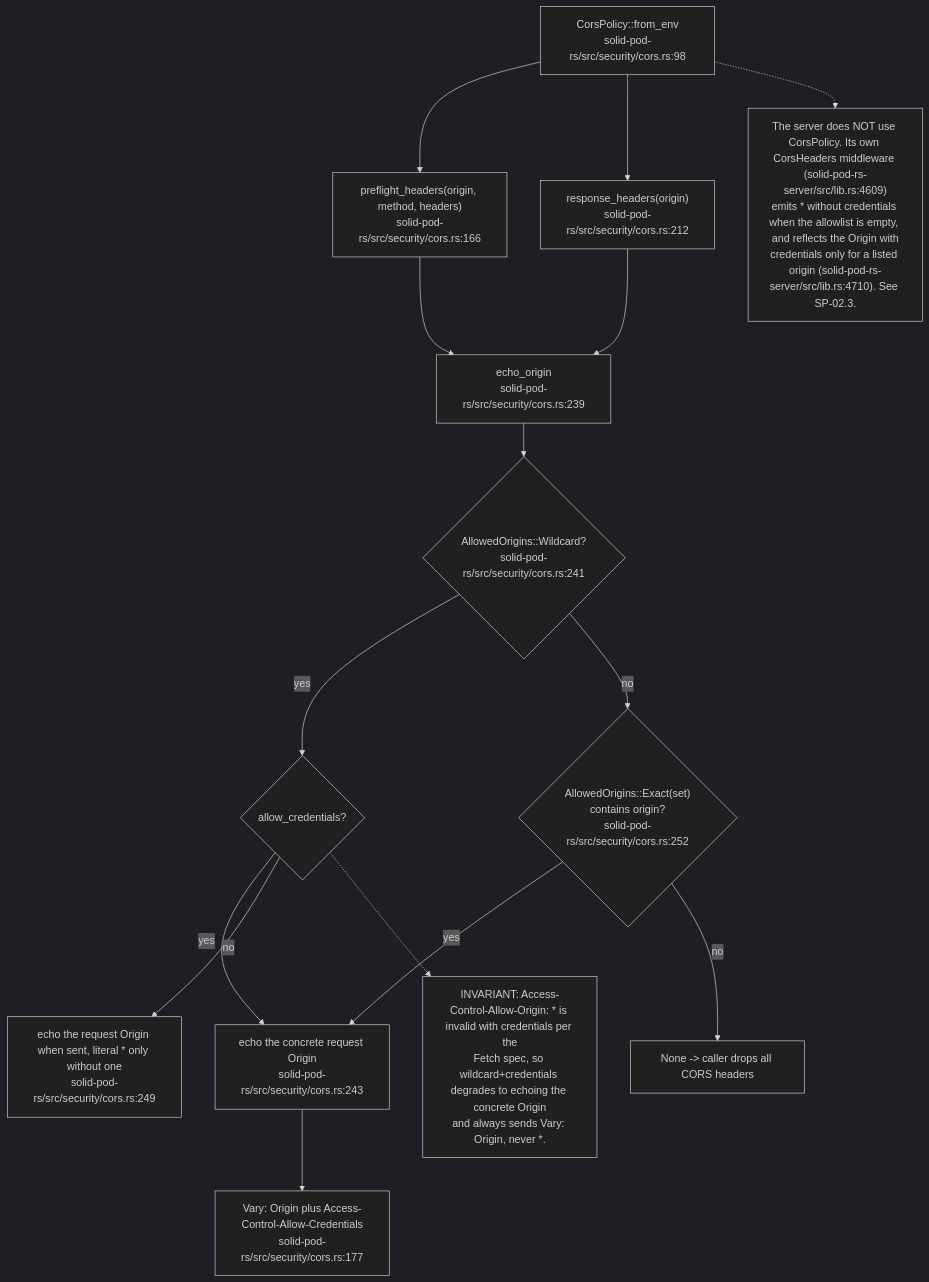
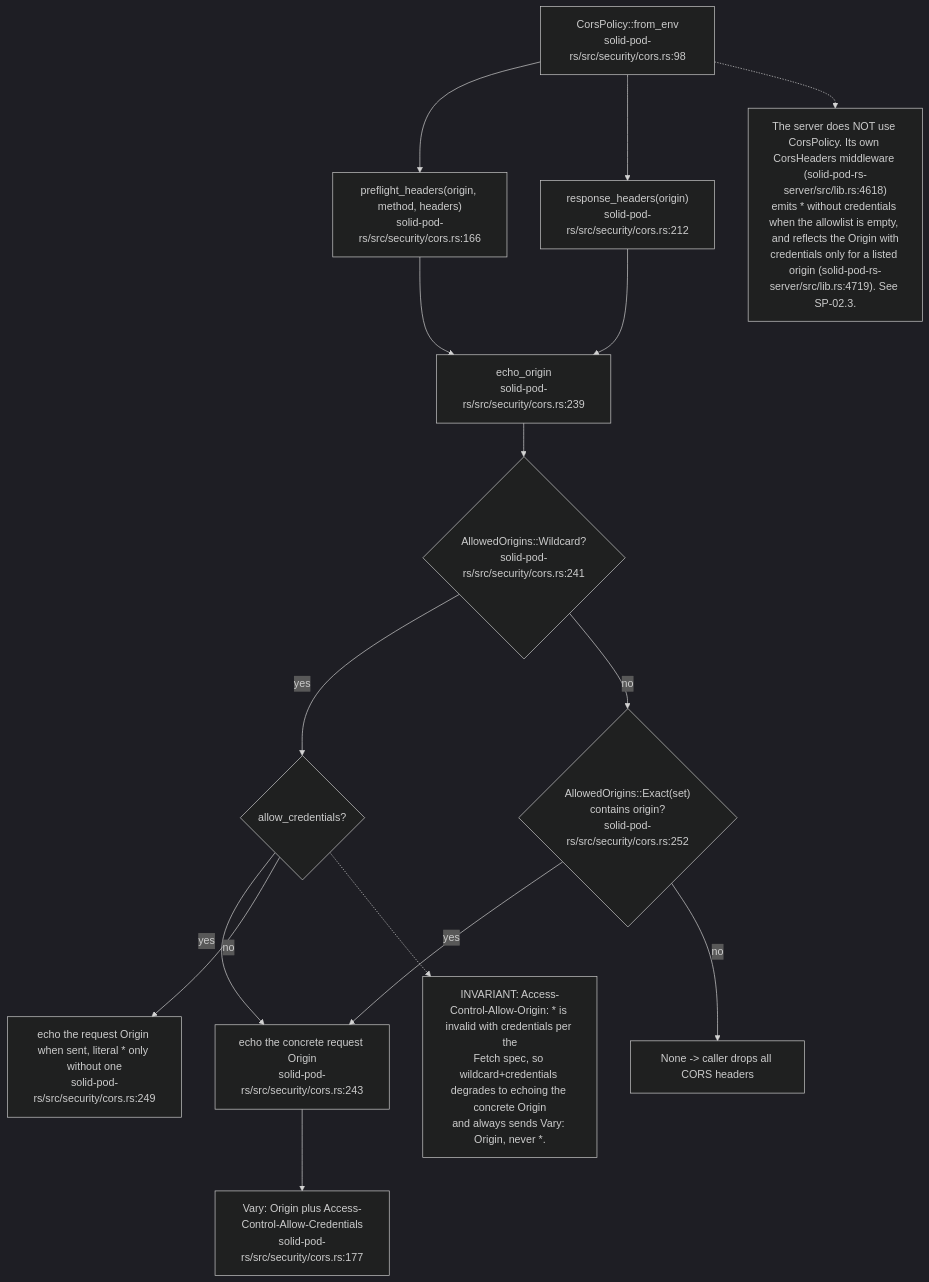
The tenth of 13 diagrams in docs/diagrams/solid-pod-rs/06-storage-quota-and-git-pods.md (DreamLab-AI/VisionFlow), drawn with Mermaid (dark theme) before and after one commit. The commit also changed other lines of this file and 3 other files, not shown here.

First line of the commit message:
docs(diagrams): solid-pod-rs pass B at solid-pod-rs b91de60 (#19, #20, #21)

````diff
--- a/docs/diagrams/solid-pod-rs/06-storage-quota-and-git-pods.md
+++ b/docs/diagrams/solid-pod-rs/06-storage-quota-and-git-pods.md
@@ -318,31 +320,31 @@
 ```mermaid
 flowchart TD
     ENV["CorsPolicy::from_env<br/>solid-pod-rs/src/security/cors.rs:98"]
     PF["preflight_headers(origin, method, headers)<br/>solid-pod-rs/src/security/cors.rs:166"]
     RF["response_headers(origin)<br/>solid-pod-rs/src/security/cors.rs:212"]
     EO["echo_origin<br/>solid-pod-rs/src/security/cors.rs:239"]
     WC{"AllowedOrigins::Wildcard?<br/>solid-pod-rs/src/security/cors.rs:241"}
     CRED{"allow_credentials?"}
     ECHO["echo the concrete request Origin<br/>solid-pod-rs/src/security/cors.rs:243"]
     STAR["echo the request Origin when sent, literal * only without one<br/>solid-pod-rs/src/security/cors.rs:249"]
     EX{"AllowedOrigins::Exact(set)<br/>contains origin?<br/>solid-pod-rs/src/security/cors.rs:252"}
     NONE["None -> caller drops all CORS headers"]
     VARY["Vary: Origin plus Access-Control-Allow-Credentials<br/>solid-pod-rs/src/security/cors.rs:177"]
 
     ENV --> PF
     ENV --> RF
     PF --> EO
     RF --> EO
     EO --> WC
     WC -- yes --> CRED
     CRED -- yes --> ECHO --> VARY
     CRED -- no --> STAR
     WC -- no --> EX
     EX -- yes --> ECHO
     EX -- no --> NONE
 
     N["INVARIANT: Access-Control-Allow-Origin: * is invalid with credentials per the<br/>Fetch spec, so wildcard+credentials degrades to echoing the concrete Origin<br/>and always sends Vary: Origin, never *."]
     CRED -.-> N
-    N2["The server does NOT use CorsPolicy. Its own CorsHeaders middleware (solid-pod-rs-server/src/lib.rs:4609)<br/>emits * without credentials when the allowlist is empty, and reflects the Origin with<br/>credentials only for a listed origin (solid-pod-rs-server/src/lib.rs:4710). See SP-02.3."]
+    N2["The server does NOT use CorsPolicy. Its own CorsHeaders middleware (solid-pod-rs-server/src/lib.rs:4618)<br/>emits * without credentials when the allowlist is empty, and reflects the Origin with<br/>credentials only for a listed origin (solid-pod-rs-server/src/lib.rs:4719). See SP-02.3."]
     ENV -.-> N2
 ```
````
